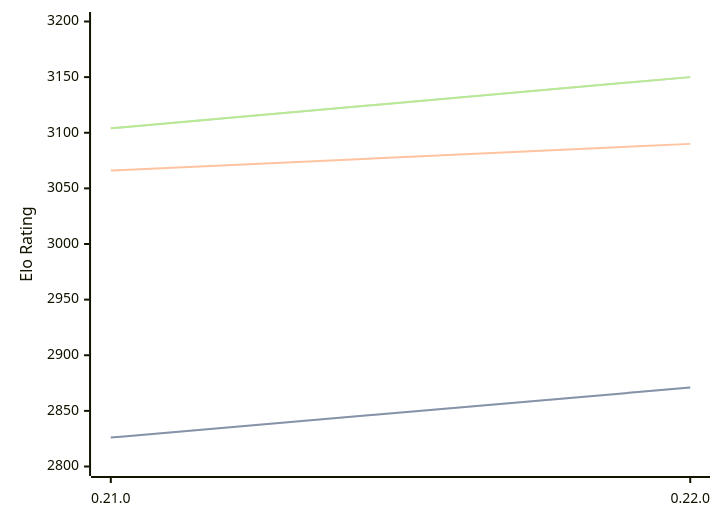
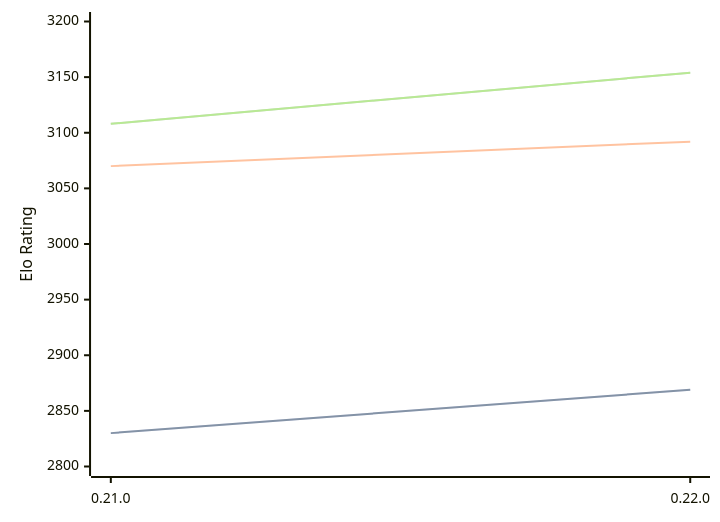
One commit to computer-chess-index/cci changed the diagram in engines/Princhess.md. Above: the diagram before and after it, drawn with Mermaid. The commit also changed other lines of this file, not shown here.

Commit message:
Update CCI Ratings (ELO VLTC) - 2026-08-18

````diff
--- a/engines/Princhess.md
+++ b/engines/Princhess.md
@@ -32,11 +32,11 @@
 ```mermaid
 %%{init: {"theme":"base","themeVariables":{"seriesColors:['#a3a3a3','#222221','#faa371']}}}%%
 xychart-beta
   x-axis ["0.21.0", "0.22.0"]
   y-axis "Elo Rating" 2800 --> 3200
-  line "STC (8.0+0.08s)" [2826, 2871]
-  line "STC (8.0+0.08s)" [2826, 2871]
-  line "LTC (60.0+0.60s)" [3066, 3090]
-  line "VLTC (2m24s+1.12s)" [3104, 3150]
-  line "VLTC (2m24s+1.12s)" [3104, 3150]
+  line "STC (8.0+0.08s)" [2830, 2869]
+  line "STC (8.0+0.08s)" [2830, 2869]
+  line "LTC (60.0+0.60s)" [3070, 3092]
+  line "VLTC (2m24s+1.12s)" [3108, 3154]
+  line "VLTC (2m24s+1.12s)" [3108, 3154]
 ```
````
